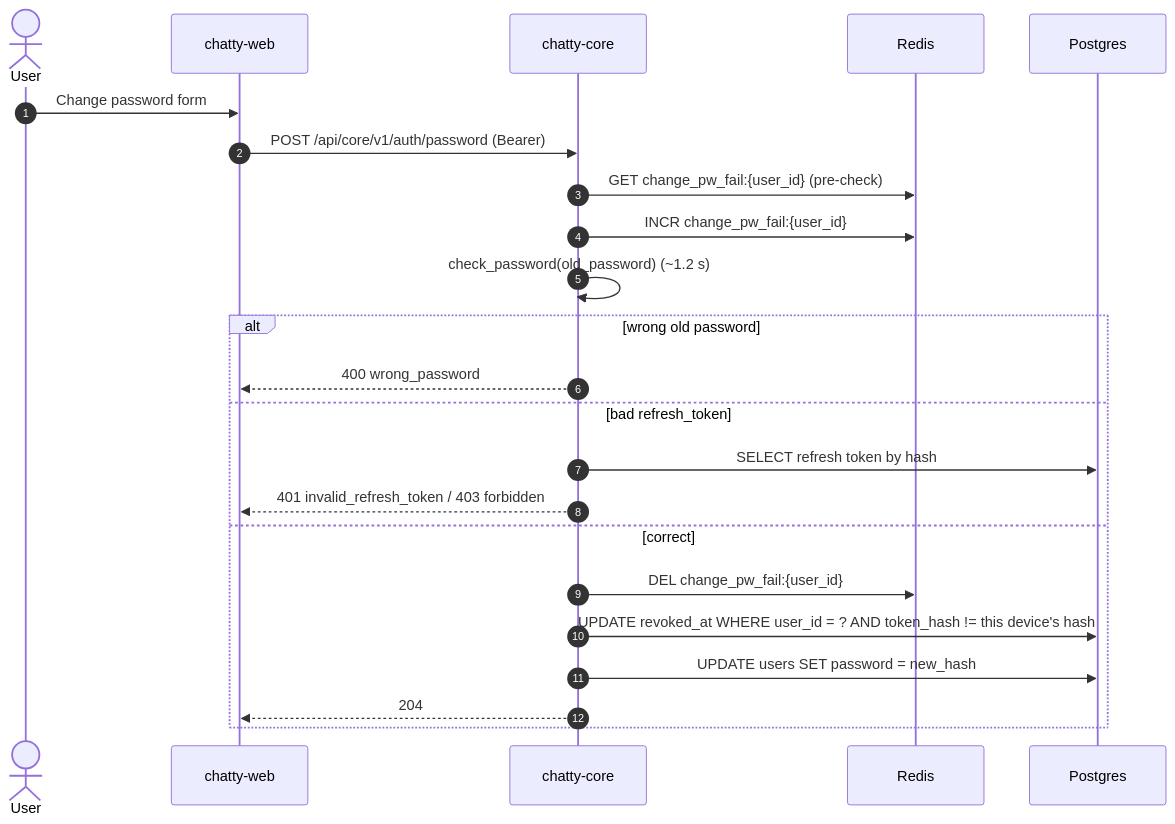
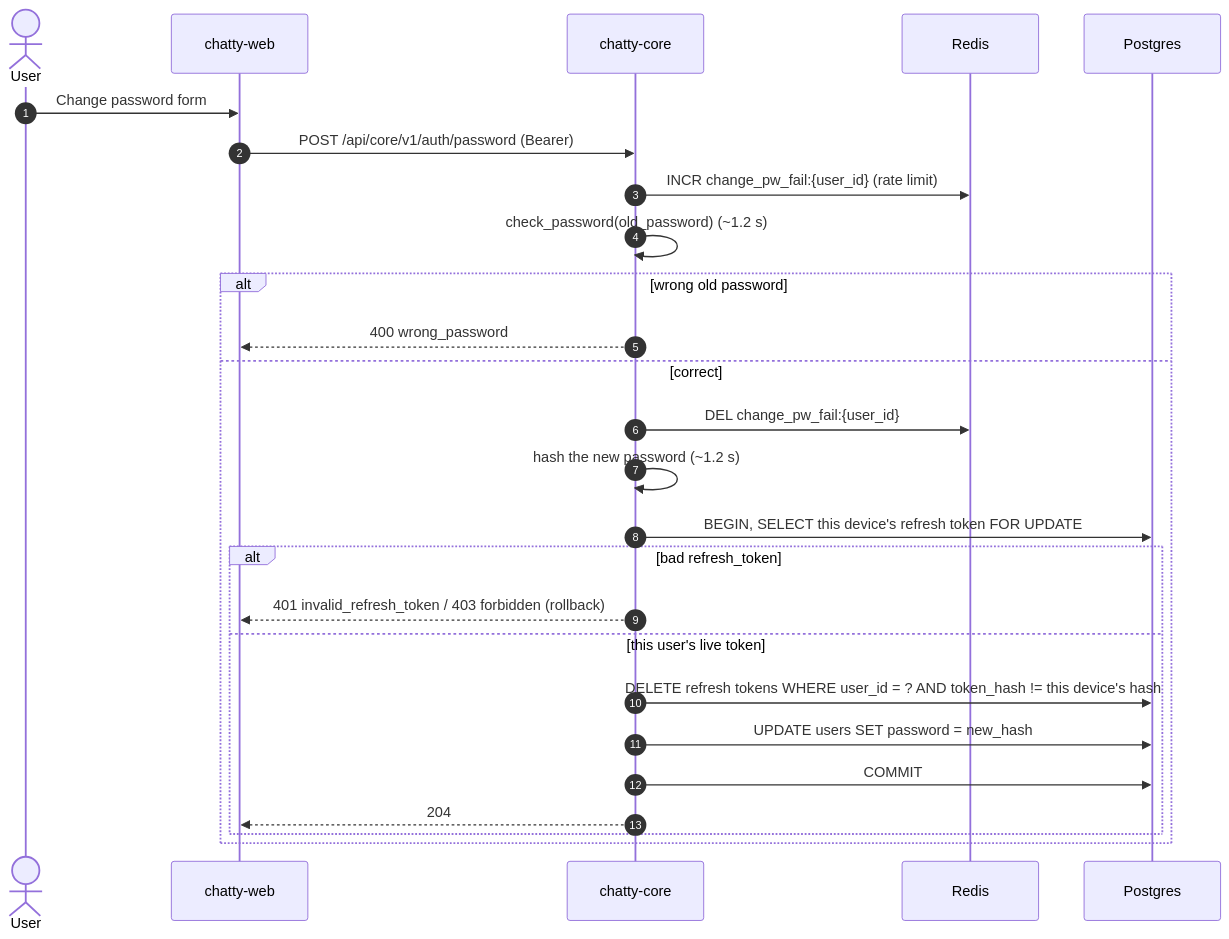
The diagram in architecture/flows/change-password.md (Chatty4/chatty-docs), drawn with Mermaid before and after one commit. The commit also changed other lines of this file and 6 other files, not shown here.

Commit message:
CHAT-213: match the auth docs to refresh, logout and password change in the code

````diff
--- a/architecture/flows/change-password.md
+++ b/architecture/flows/change-password.md
@@ -9,26 +9,29 @@
 ```mermaid
 sequenceDiagram
     autonumber
     actor U as User
     participant W as chatty-web
     participant C as chatty-core
     participant R as Redis
     participant DB as Postgres
 
     U->>W: Change password form
     W->>C: POST /api/core/v1/auth/password (Bearer)
-    C->>R: GET change_pw_fail:{user_id} (pre-check)
-    C->>R: INCR change_pw_fail:{user_id}
+    C->>R: INCR change_pw_fail:{user_id} (rate limit)
     C->>C: check_password(old_password) (~1.2 s)
     alt wrong old password
         C-->>W: 400 wrong_password
-    else bad refresh_token
-        C->>DB: SELECT refresh token by hash
-        C-->>W: 401 invalid_refresh_token / 403 forbidden
     else correct
         C->>R: DEL change_pw_fail:{user_id}
-        C->>DB: UPDATE revoked_at WHERE user_id = ? AND token_hash != this device's hash
-        C->>DB: UPDATE users SET password = new_hash
-        C-->>W: 204
+        C->>C: hash the new password (~1.2 s)
+        C->>DB: BEGIN, SELECT this device's refresh token FOR UPDATE
+        alt bad refresh_token
+            C-->>W: 401 invalid_refresh_token / 403 forbidden (rollback)
+        else this user's live token
+            C->>DB: DELETE refresh tokens WHERE user_id = ? AND token_hash != this device's hash
+            C->>DB: UPDATE users SET password = new_hash
+            C->>DB: COMMIT
+            C-->>W: 204
+        end
     end
 ```
````
